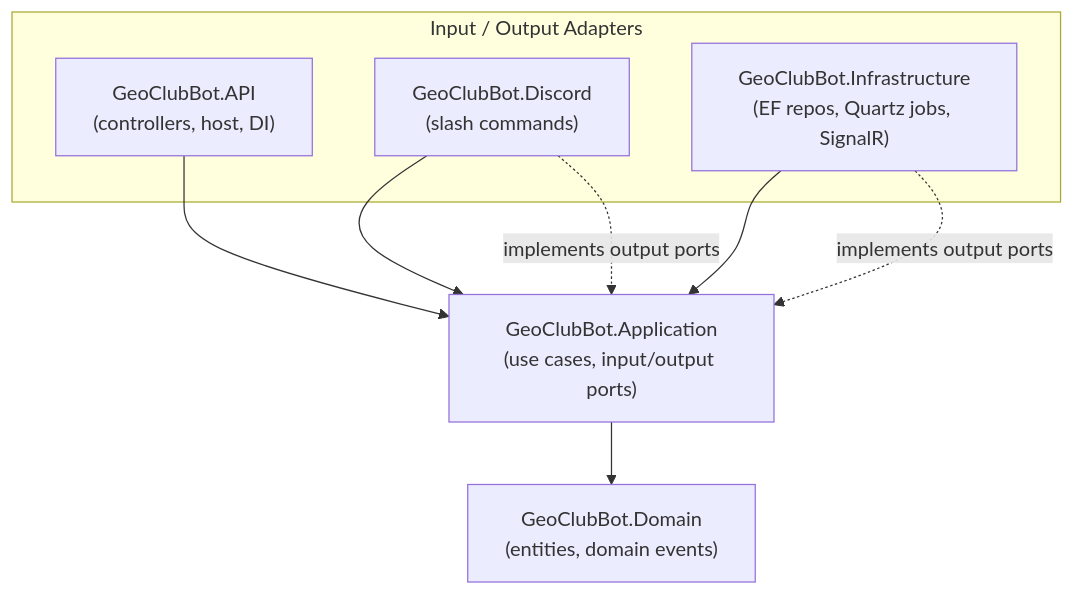
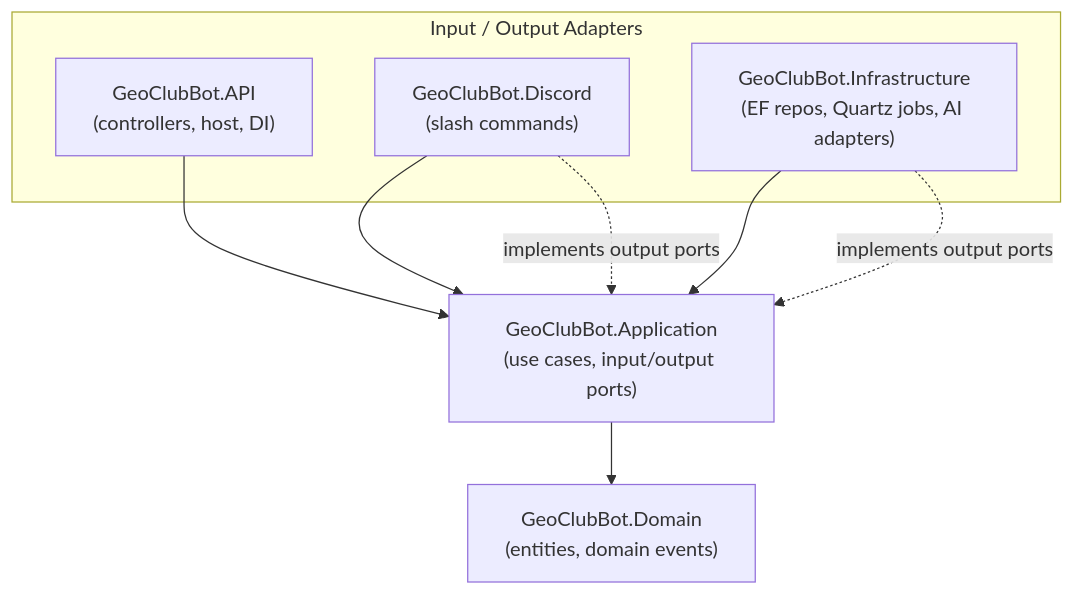
Before and after one commit to efibs/GeoClubBot: the diagram in README.md, drawn with Mermaid. The commit also changed other lines of this file and 41 other files, not shown here.

````diff
--- a/README.md
+++ b/README.md
@@ -74,18 +74,18 @@
 ```mermaid
 flowchart TD
     subgraph Adapters["Input / Output Adapters"]
         API["GeoClubBot.API<br/>(controllers, host, DI)"]
         Discord["GeoClubBot.Discord<br/>(slash commands)"]
-        Infra["GeoClubBot.Infrastructure<br/>(EF repos, Quartz jobs, SignalR)"]
+        Infra["GeoClubBot.Infrastructure<br/>(EF repos, Quartz jobs, AI adapters)"]
     end
     App["GeoClubBot.Application<br/>(use cases, input/output ports)"]
     Domain["GeoClubBot.Domain<br/>(entities, domain events)"]
 
     API --> App
     Discord --> App
     Infra --> App
     App --> Domain
 
     Discord -. "implements output ports" .-> App
     Infra -. "implements output ports" .-> App
 ```
````
